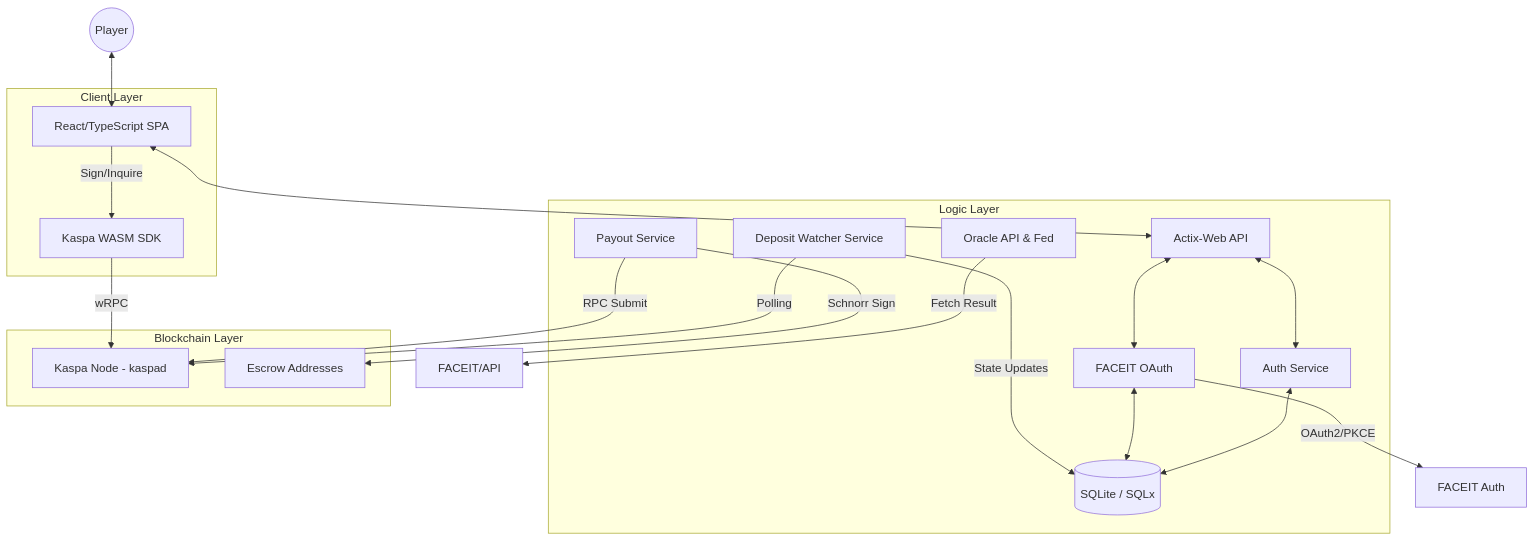
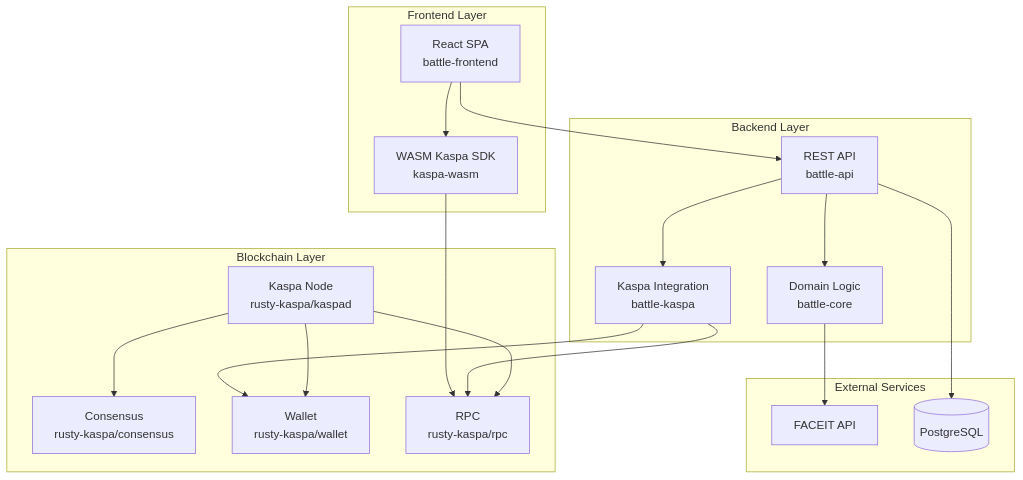
The diagram in docs/architecture.md (TimBee706/KaspaBattle2), drawn with Mermaid before and after one commit. The commit also changed other lines of this file and 15 other files, not shown here.

First line of the commit message:
feat: Add comprehensive use cases and flows documentation

````diff
--- a/docs/architecture.md
+++ b/docs/architecture.md
@@ -15,41 +9,42 @@
 ```mermaid
-graph TD
-    User((Player))
-    
-    subgraph Frontend [Client Layer]
-        ReactApp[React/TypeScript SPA]
-        KaspaWASM[Kaspa WASM SDK]
-    end
-    
-    subgraph Backend [Logic Layer]
-        ActixAPI[Actix-Web API]
-        AuthService[Auth Service]
-        OAuthService[FACEIT OAuth]
-        Watcher[Deposit Watcher Service]
-        Payout[Payout Service]
-        Oracle[Oracle API & Fed]
-        DB[(SQLite / SQLx)]
-    end
-    
-    subgraph Blockchain [Blockchain Layer]
-        KaspaNode[Kaspa Node - kaspad]
-        EscrowAddr[Escrow Addresses]
+graph TB
+    subgraph "Frontend Layer"
+        FE[React SPA<br/>battle-frontend]
+        WASM[WASM Kaspa SDK<br/>kaspa-wasm]
     end
 
-    User <--> ReactApp
-    ReactApp <--> ActixAPI
-    ReactApp -- Sign/Inquire --> KaspaWASM
-    KaspaWASM -- wRPC --> KaspaNode
-    
-    ActixAPI <--> AuthService
-    ActixAPI <--> OAuthService
-    AuthService <--> DB
-    OAuthService <--> DB
-    OAuthService -- OAuth2/PKCE --> FaceitAPI[FACEIT Auth]
-    
-    Watcher -- Polling --> KaspaNode
-    Watcher -- State Updates --> DB
-    Payout -- Schnorr Sign --> EscrowAddr
-    Payout -- RPC Submit --> KaspaNode
-    Oracle -- Fetch Result --> GameAPIs[FACEIT/API]
+    subgraph "Backend Layer"
+        API[REST API<br/>battle-api]
+        CORE[Domain Logic<br/>battle-core]
+        KASPA_INT[Kaspa Integration<br/>battle-kaspa]
+    end
+
+    subgraph "Blockchain Layer"
+        NODE[Kaspa Node<br/>rusty-kaspa/kaspad]
+        CONS[Consensus<br/>rusty-kaspa/consensus]
+        WALLET[Wallet<br/>rusty-kaspa/wallet]
+        RPC[RPC<br/>rusty-kaspa/rpc]
+    end
+
+    subgraph "External Services"
+        FACEIT[FACEIT API]
+        DB[(PostgreSQL)]
+    end
+
+    FE --> API
+    FE --> WASM
+    WASM --> RPC
+
+    API --> CORE
+    API --> KASPA_INT
+    API --> DB
+
+    KASPA_INT --> RPC
+    KASPA_INT --> WALLET
+
+    CORE --> FACEIT
+
+    NODE --> CONS
+    NODE --> RPC
+    NODE --> WALLET
 ```
````
